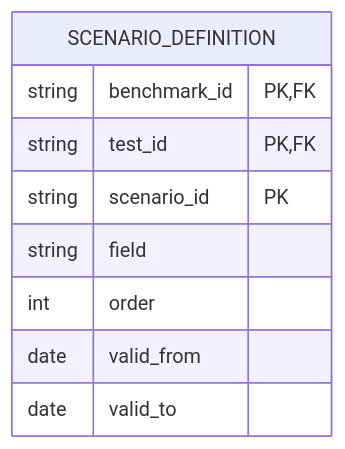
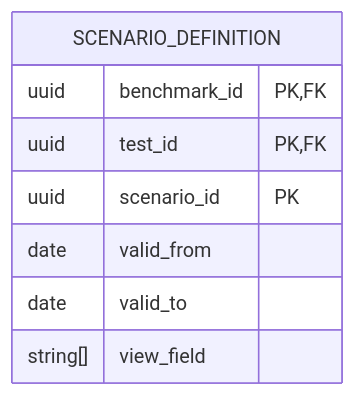
The third of 14 diagrams in docs/ARCHITECTURE.md (flatland-association/flatland-benchmarks), drawn with Mermaid before and after one commit. The commit also changed other lines of this file, not shown here.

Commit message:
Use uuid for IDs.

````diff
--- a/docs/ARCHITECTURE.md
+++ b/docs/ARCHITECTURE.md
@@ -579,12 +579,11 @@
 ```mermaid
 erDiagram
   SCENARIO_DEFINITION {
-    string benchmark_id PK, FK
-    string test_id PK, FK
-    string scenario_id PK
-    string field
-    int order
+    uuid benchmark_id PK, FK
+    uuid test_id PK, FK
+    uuid scenario_id PK
     date valid_from
     date valid_to
+    string[] view_field
   }
 ```
````
